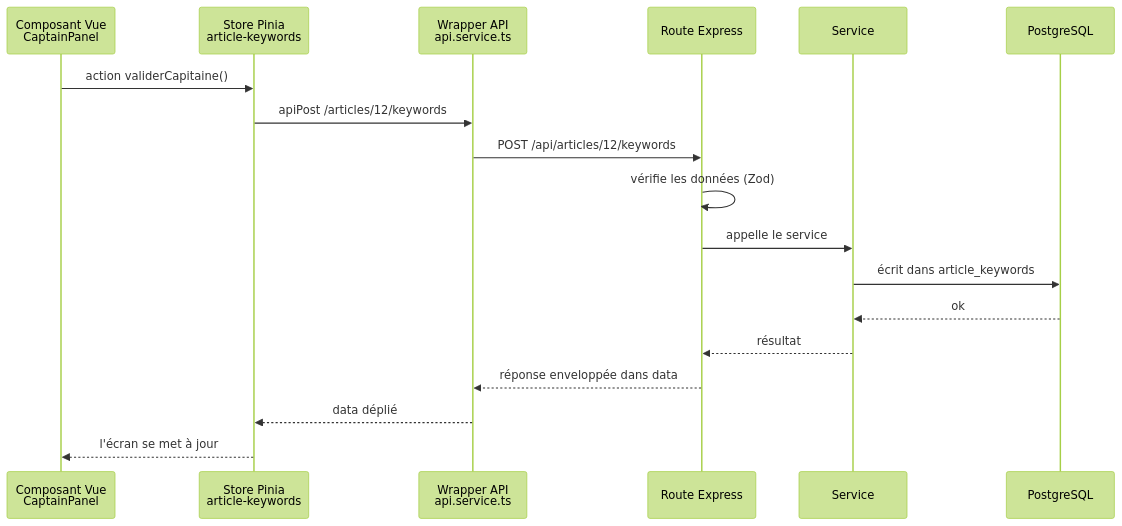
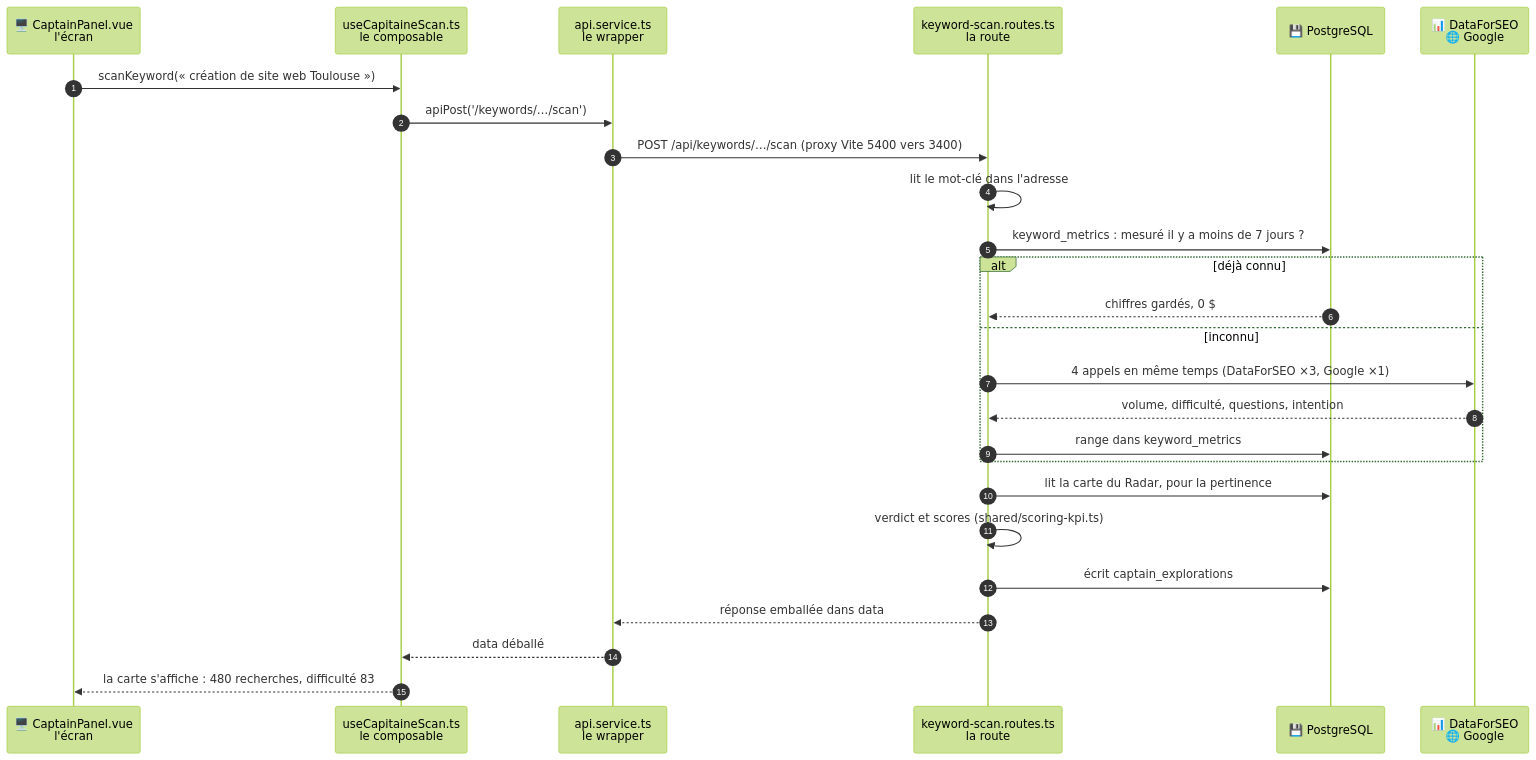
The second of 5 diagrams in GUIDE-02-ARCHITECTURE.md (annubis-knight/Blog_Redactor_SEO), drawn with Mermaid (forest theme) before and after one commit. The commit also changed other lines of this file and 3 other files, not shown here.

First line of the commit message:
docs: guides centrés sur les services en action et la grille en 8 temps

````diff
--- a/GUIDE-02-ARCHITECTURE.md
+++ b/GUIDE-02-ARCHITECTURE.md
@@ -45,21 +47,28 @@
 ```mermaid
 sequenceDiagram
-  participant V as Composant Vue<br/>CaptainPanel
-  participant S as Store Pinia<br/>article-keywords
-  participant W as Wrapper API<br/>api.service.ts
-  participant R as Route Express
-  participant SV as Service
-  participant DB as PostgreSQL
-
-  V->>S: action validerCapitaine()
-  S->>W: apiPost /articles/12/keywords
-  W->>R: POST /api/articles/12/keywords
-  R->>R: vérifie les données (Zod)
-  R->>SV: appelle le service
-  SV->>DB: écrit dans article_keywords
-  DB-->>SV: ok
-  SV-->>R: résultat
-  R-->>W: réponse enveloppée dans data
-  W-->>S: data déplié
-  S-->>V: l'écran se met à jour
+  autonumber
+  participant V as 🖥️ CaptainPanel.vue<br/>l'écran
+  participant C as useCapitaineScan.ts<br/>le composable
+  participant W as api.service.ts<br/>le wrapper
+  participant R as keyword-scan.routes.ts<br/>la route
+  participant DB as 💾 PostgreSQL
+  participant X as 📊 DataForSEO<br/>🌐 Google
+  V->>C: scanKeyword(« création de site web Toulouse »)
+  C->>W: apiPost('/keywords/…/scan')
+  W->>R: POST /api/keywords/…/scan (proxy Vite 5400 vers 3400)
+  R->>R: lit le mot-clé dans l'adresse
+  R->>DB: keyword_metrics : mesuré il y a moins de 7 jours ?
+  alt déjà connu
+    DB-->>R: chiffres gardés, 0 $
+  else inconnu
+    R->>X: 4 appels en même temps (DataForSEO ×3, Google ×1)
+    X-->>R: volume, difficulté, questions, intention
+    R->>DB: range dans keyword_metrics
+  end
+  R->>DB: lit la carte du Radar, pour la pertinence
+  R->>R: verdict et scores (shared/scoring-kpi.ts)
+  R->>DB: écrit captain_explorations
+  R-->>W: réponse emballée dans data
+  W-->>C: data déballé
+  C-->>V: la carte s'affiche : 480 recherches, difficulté 83
 ```
````
